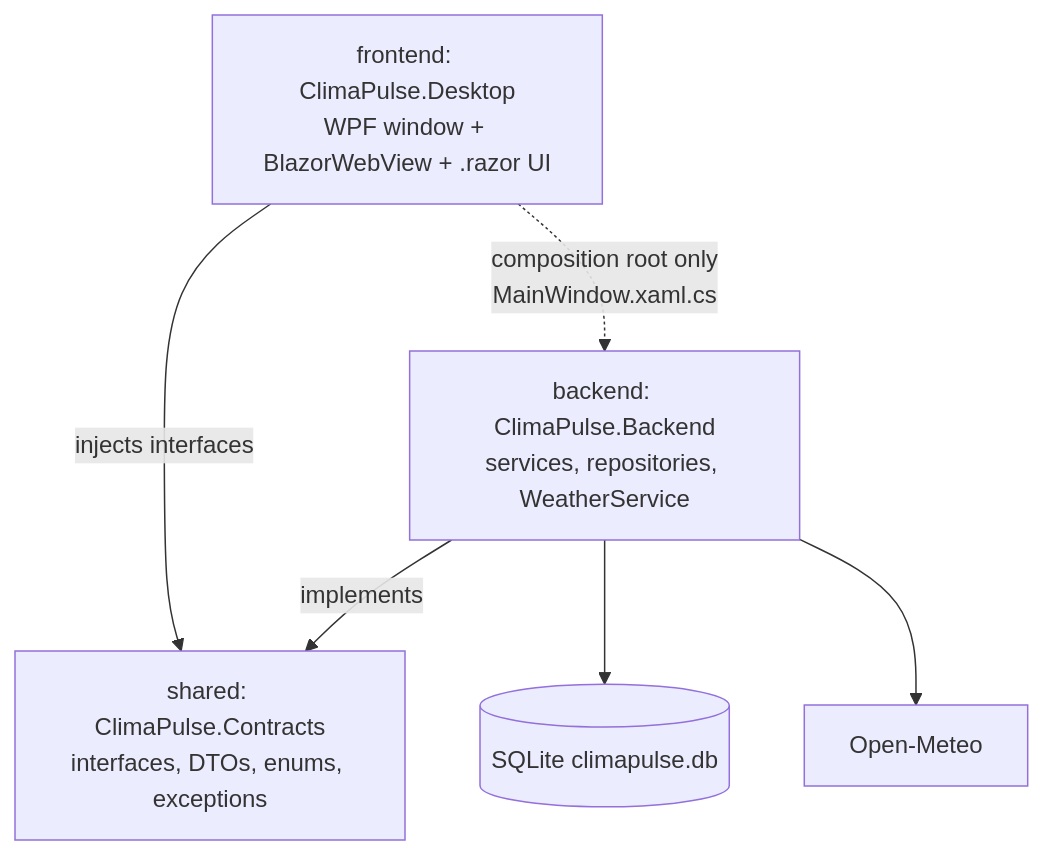
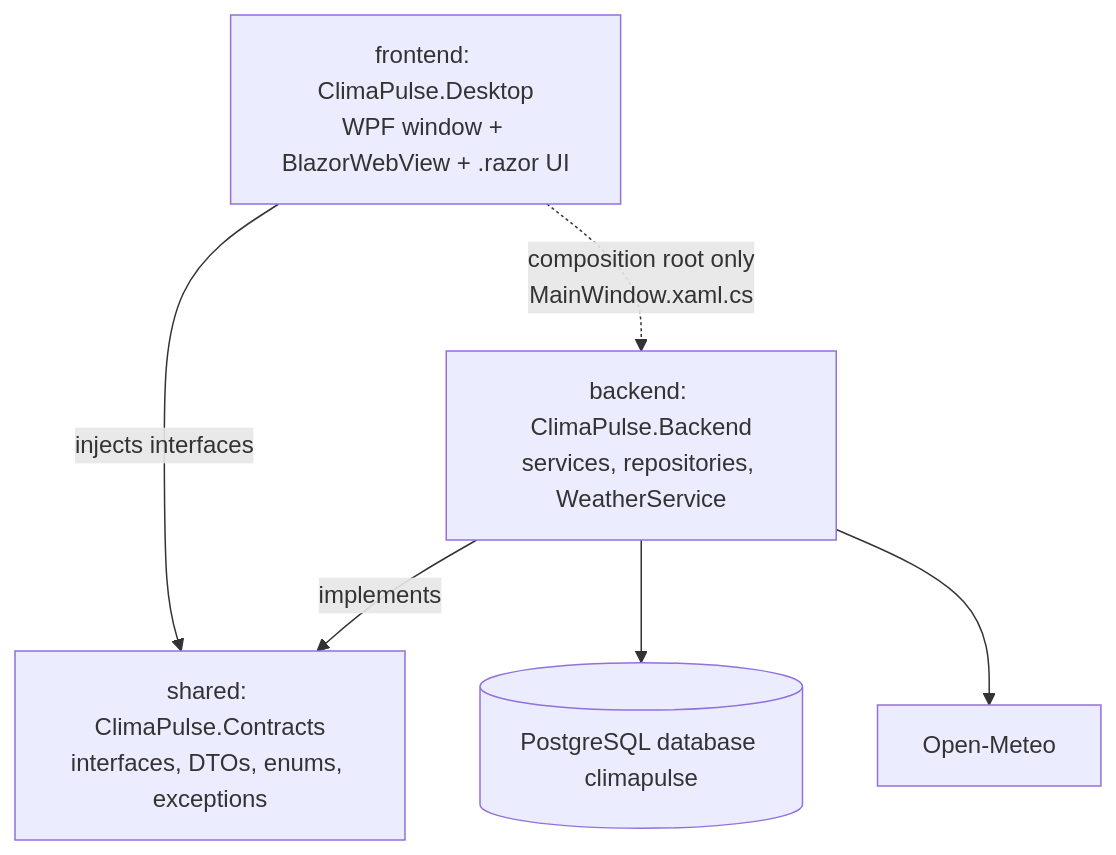
The diagram in docs/api-contract.md (Nalen518/Junior-Project), drawn with Mermaid before and after one commit. The commit also changed other lines of this file and 6 other files, not shown here.

First line of the commit message:
docs: update SRD and references for PostgreSQL

````diff
--- a/docs/api-contract.md
+++ b/docs/api-contract.md
@@ -40,8 +40,8 @@
 ```mermaid
 flowchart TB
     D["frontend: ClimaPulse.Desktop<br/>WPF window + BlazorWebView + .razor UI"] -->|injects interfaces| C["shared: ClimaPulse.Contracts<br/>interfaces, DTOs, enums, exceptions"]
     B["backend: ClimaPulse.Backend<br/>services, repositories, WeatherService"] -->|implements| C
     D -.->|composition root only<br/>MainWindow.xaml.cs| B
-    B --> DB[(SQLite climapulse.db)]
+    B --> DB[(PostgreSQL database climapulse)]
     B --> OM[Open-Meteo]
 ```
````
